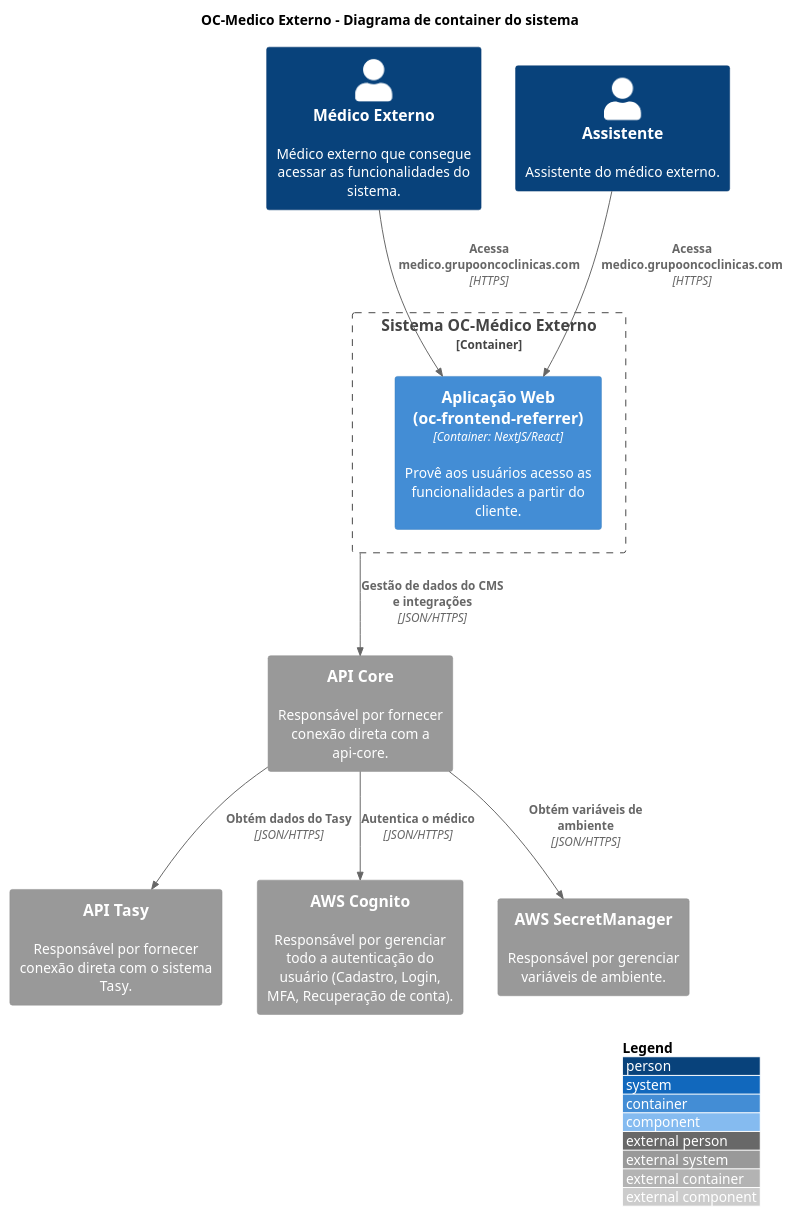
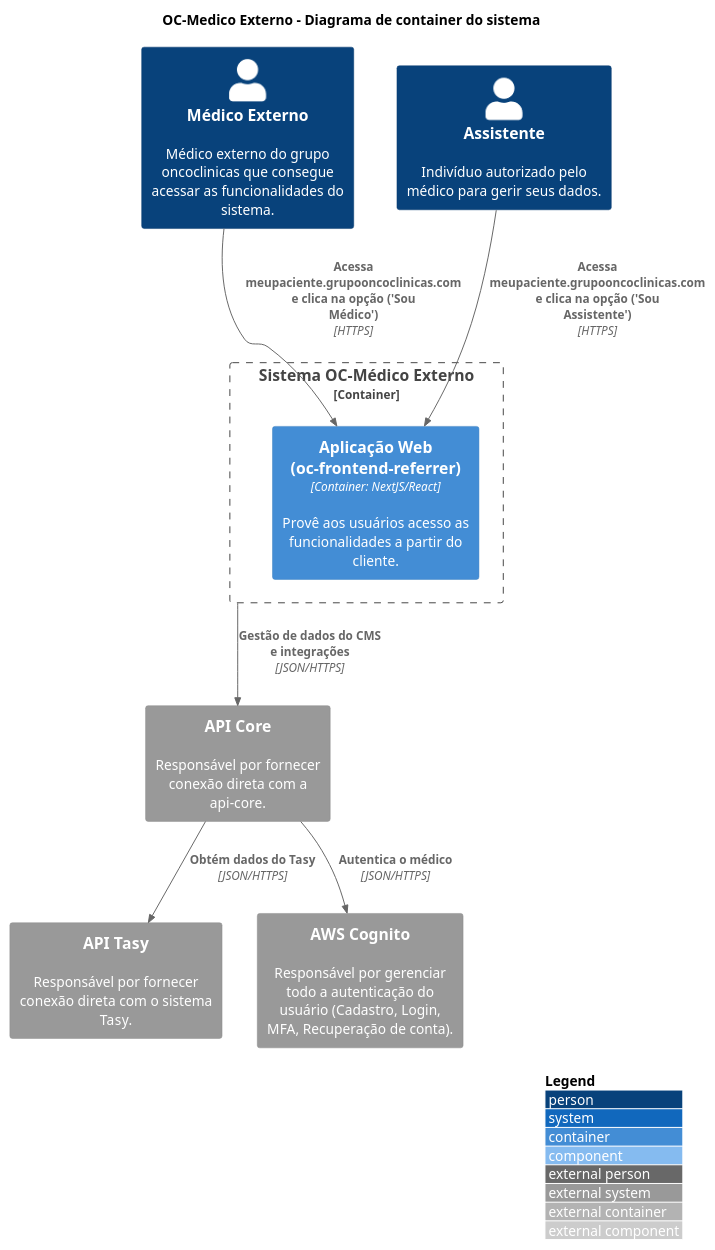
Before and after one commit to luizggbasedigital/poc-oc-docs: the diagram in src/OC-Medico Externo/C1. Visão Geral/C2. Sistema/containers.puml, drawn with PlantUML. The commit also changed 7 other files, not shown here.

```diff
--- a/src/OC-Medico Externo/C1. Visão Geral/C2. Sistema/containers.puml
+++ b/src/OC-Medico Externo/C1. Visão Geral/C2. Sistema/containers.puml
@@ -1,40 +1,39 @@
 @startuml "Container Diagram"
 
 title "OC-Medico Externo - Diagrama de container do sistema"
 
 !include https://raw.githubusercontent.com/adrianvlupu/C4-PlantUML/latest/C4_Component.puml
 
 LAYOUT_WITH_LEGEND()
 
 skinparam backgroundcolor transparent
 
 /'Actors'/
-Person(ActorReferrerPhysician, "Médico Externo", "Médico externo que consegue acessar as funcionalidades do sistema.")
-Person(ActorReferrerAssistant, "Assistente", "Assistente do médico externo.")
+Person(ActorReferrerPhysician, "Médico Externo", "Médico externo do grupo oncoclinicas que consegue acessar as funcionalidades do sistema.")
+Person(ActorReferrerAssistant, "Assistente", "Indivíduo autorizado pelo médico para gerir seus dados.")
 
 /'Internal Systems'/
 Container_Boundary(SystemOCExternaPhysician, "Sistema OC-Médico Externo") {
   Container(ContainerWebApp, "Aplicação Web (oc-frontend-referrer)", "Container: NextJS/React", "Provê aos usuários acesso as funcionalidades a partir do cliente.")
 
-  Rel(ActorReferrerPhysician, ContainerWebApp, "Acessa medico.grupooncoclinicas.com", "HTTPS")
-  Rel(ActorReferrerAssistant, ContainerWebApp, "Acessa medico.grupooncoclinicas.com", "HTTPS")
+  Rel(ActorReferrerPhysician, ContainerWebApp, "Acessa meupaciente.grupooncoclinicas.com e clica na opção ('Sou Médico')", "HTTPS")
+  Rel(ActorReferrerAssistant, ContainerWebApp, "Acessa meupaciente.grupooncoclinicas.com e clica na opção ('Sou Assistente')", "HTTPS")
 }
 
 /'External Systems'/
 System_Ext(SystemTasyApi, "API Tasy", "Responsável por fornecer conexão direta com o sistema Tasy.")
 
 /'API-Core Systems'/
 System_Ext(SystemApiCore, "API Core", "Responsável por fornecer conexão direta com a api-core.")
 
 /'AWS Systems'/
 System_Ext(SystemAWSCognito, "AWS Cognito", "Responsável por gerenciar todo a autenticação do usuário (Cadastro, Login, MFA, Recuperação de conta).")
-System_Ext(SystemAWSSecretManager, "AWS SecretManager", "Responsável por gerenciar variáveis de ambiente.")
+
 
 
 /'API-Core Integrations'/
 Rel(SystemOCExternaPhysician, SystemApiCore, "Gestão de dados do CMS e integrações", "JSON/HTTPS")
 Rel(SystemApiCore, SystemTasyApi, "Obtém dados do Tasy", "JSON/HTTPS")
 Rel(SystemApiCore, SystemAWSCognito, "Autentica o médico", "JSON/HTTPS")
-Rel(SystemApiCore, SystemAWSSecretManager, "Obtém variáveis de ambiente", "JSON/HTTPS")
 
 @enduml
```
